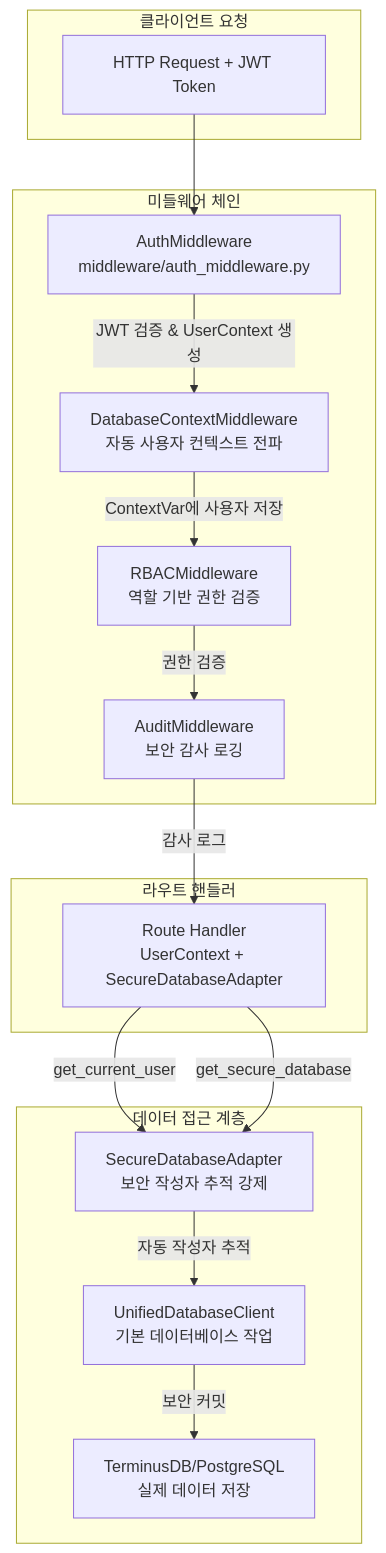
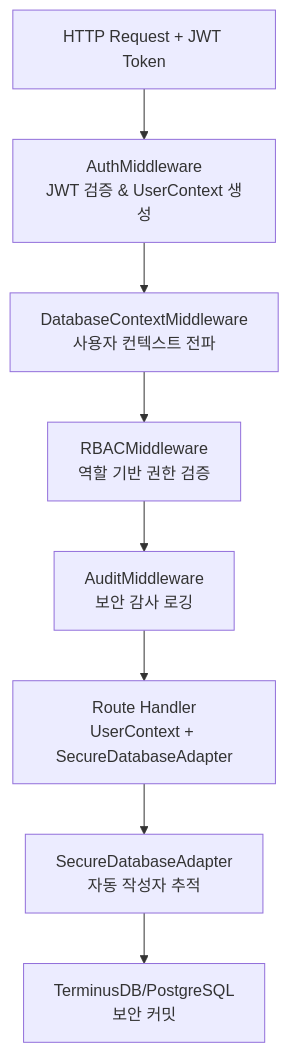
The third of 3 diagrams in oms-monolith/ARCHITECTURE.md (ludia8888/Icon-Blaster), drawn with Mermaid before and after one commit. The commit also changed other lines of this file and 75 other files, not shown here.

````diff
--- a/oms-monolith/ARCHITECTURE.md
+++ b/oms-monolith/ARCHITECTURE.md
@@ -87,33 +306,10 @@
 ```mermaid
 flowchart TD
-    subgraph "클라이언트 요청"
-        A[HTTP Request + JWT Token]
-    end
-
-    subgraph "미들웨어 체인"
-        B[AuthMiddleware<br/>middleware/auth_middleware.py]
-        C[DatabaseContextMiddleware<br/>자동 사용자 컨텍스트 전파]
-        D[RBACMiddleware<br/>역할 기반 권한 검증]
-        E[AuditMiddleware<br/>보안 감사 로깅]
-    end
-
-    subgraph "라우트 핸들러"
-        F[Route Handler<br/>UserContext + SecureDatabaseAdapter]
-    end
-
-    subgraph "데이터 접근 계층"
-        G["SecureDatabaseAdapter<br/>보안 작성자 추적 강제"]
-        H["UnifiedDatabaseClient<br/>기본 데이터베이스 작업"]
-        I["TerminusDB/PostgreSQL<br/>실제 데이터 저장"]
-    end
-
-    A --> B
-    B -->|JWT 검증 & UserContext 생성| C
-    C -->|ContextVar에 사용자 저장| D
-    D -->|권한 검증| E
-    E -->|감사 로그| F
-    F -->|get_current_user| G
-    F -->|get_secure_database| G
-    G -->|자동 작성자 추적| H
-    H -->|보안 커밋| I
+    A[HTTP Request + JWT Token] --> B[AuthMiddleware<br/>JWT 검증 & UserContext 생성]
+    B --> C[DatabaseContextMiddleware<br/>사용자 컨텍스트 전파]
+    C --> D[RBACMiddleware<br/>역할 기반 권한 검증]
+    D --> E[AuditMiddleware<br/>보안 감사 로깅]
+    E --> F[Route Handler<br/>UserContext + SecureDatabaseAdapter]
+    F --> G[SecureDatabaseAdapter<br/>자동 작성자 추적]
+    G --> H[TerminusDB/PostgreSQL<br/>보안 커밋]
 ```
````
